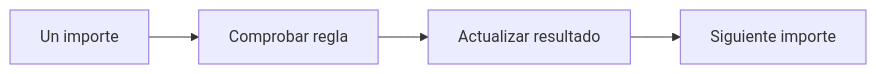
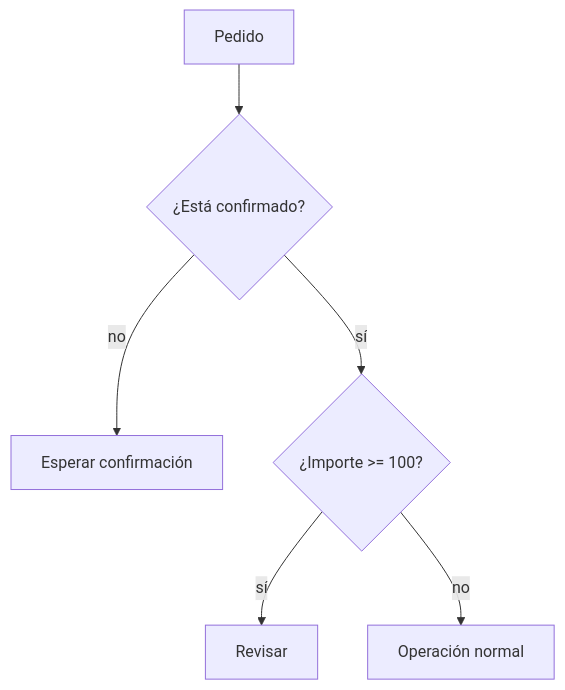
The diagram in curso/02-python-desde-cero/lecciones/03-condiciones-y-bucles.md (Ayhur/CursoAnalista), drawn with Mermaid before and after one commit. The commit also changed other lines of this file and 11 other files, not shown here.

````diff
--- a/curso/02-python-desde-cero/lecciones/03-condiciones-y-bucles.md
+++ b/curso/02-python-desde-cero/lecciones/03-condiciones-y-bucles.md
@@ -34,6 +25,8 @@
 ```mermaid
-flowchart LR
-  A[Un importe] --> B[Comprobar regla]
-  B --> C[Actualizar resultado]
-  C --> D[Siguiente importe]
+flowchart TD
+  A[Pedido] --> B{¿Está confirmado?}
+  B -->|no| C[Esperar confirmación]
+  B -->|sí| D{¿Importe >= 100?}
+  D -->|sí| E[Revisar]
+  D -->|no| F[Operación normal]
 ```
````
